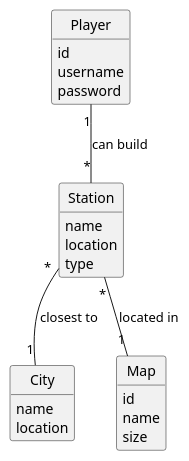
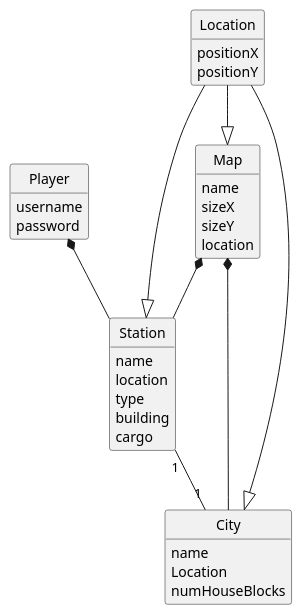
The diagram in docs/system-documentation/US005/02.analysis/puml/US005-DM.puml (goncalolopesp/sem2-pi-24.25-g093-repo), drawn with PlantUML before and after one commit. The commit also changed 1 other file, not shown here.

```diff
--- a/docs/system-documentation/US005/02.analysis/puml/US005-DM.puml
+++ b/docs/system-documentation/US005/02.analysis/puml/US005-DM.puml
@@ -1,37 +1,48 @@
 @startuml
 skinparam monochrome true
 skinparam packageStyle rectangle
 skinparam shadowing false
 skinparam classAttributeIconSize 0
 
 hide circle
 hide methods
 
+class Player {
+    username
+    password
+}
+
+class Map {
+    name
+    sizeX
+    sizeY
+    location
+}
+
+class City {
+    name
+    Location
+    numHouseBlocks
+}
+
+class Location {
+    positionX
+    positionY
+}
+
 class Station {
     name
     location
     type
+    building
+    cargo
 }
 
-class City {
-    name
-    location
-}
-
-class Map {
-    id
-    name
-    size
-}
-
-class Player {
-    id
-    username
-    password
-}
-
-Station "*" -- "1" Map : located in
-Station "*" -- "1" City : closest to
-Player "1" -- "*" Station : can build
-
+Location --|> Map
+Location --|> City
+Location --|> Station
+Player *-- Station
+Map *-- Station
+Map *-- City
+Station "1" -- "1" City
 @enduml
```
